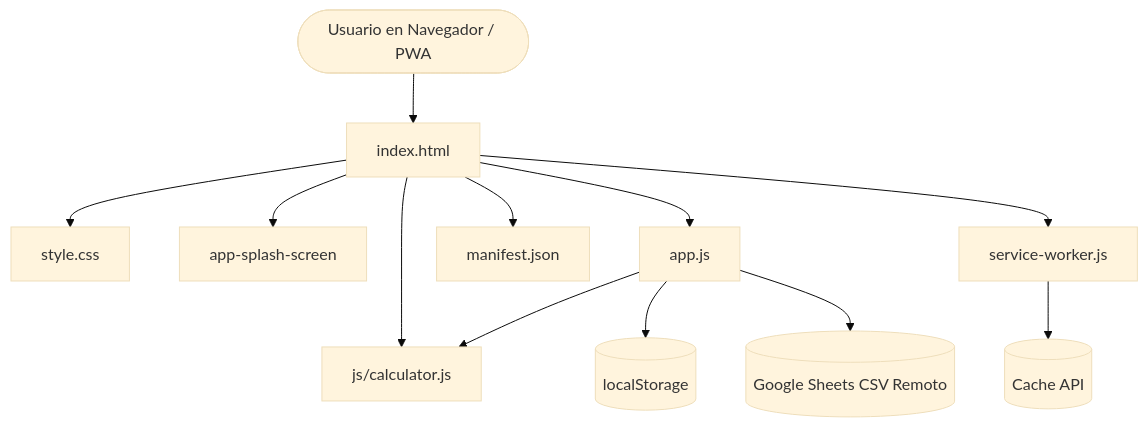
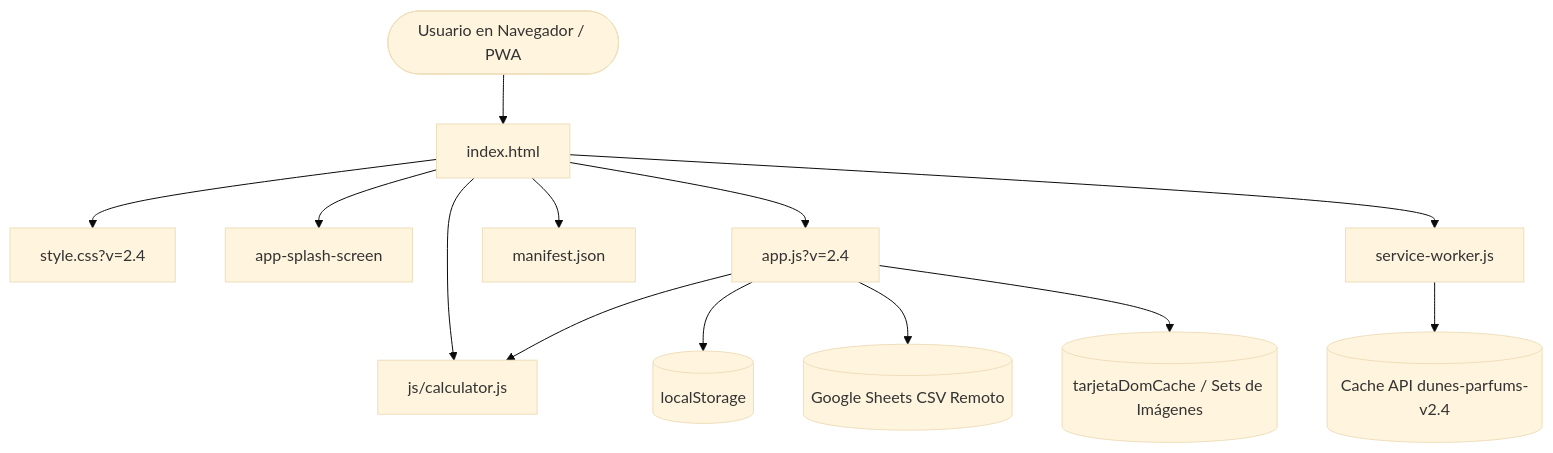
Before and after one commit to xLucasxGRx/DUNES-APP: the diagram in DOCUMENTACION/01_ARQUITECTURA_Y_ESTRUCTURA.md, drawn with Mermaid (base theme). The commit also changed other lines of this file and 13 other files, not shown here.

````diff
--- a/DOCUMENTACION/01_ARQUITECTURA_Y_ESTRUCTURA.md
+++ b/DOCUMENTACION/01_ARQUITECTURA_Y_ESTRUCTURA.md
@@ -68,15 +68,16 @@
 ```mermaid
 graph TD
     User([Usuario en Navegador / PWA]) --> IndexHTML[index.html]
-    IndexHTML --> StyleCSS[style.css]
+    IndexHTML --> StyleCSS[style.css?v=2.4]
     IndexHTML --> AppSplash[app-splash-screen]
     IndexHTML --> CalcJS[js/calculator.js]
-    IndexHTML --> AppJS[app.js]
+    IndexHTML --> AppJS[app.js?v=2.4]
     IndexHTML --> ManifestJSON[manifest.json]
     IndexHTML --> ServiceWorker[service-worker.js]
     
     AppJS --> CalcJS
     AppJS --> LocalStorage[(localStorage)]
     AppJS --> GoogleSheets[(Google Sheets CSV Remoto)]
-    ServiceWorker --> CacheAPI[(Cache API)]
+    AppJS --> DOMCache[(tarjetaDomCache / Sets de Imágenes)]
+    ServiceWorker --> CacheAPI[(Cache API dunes-parfums-v2.4)]
 ```
````
